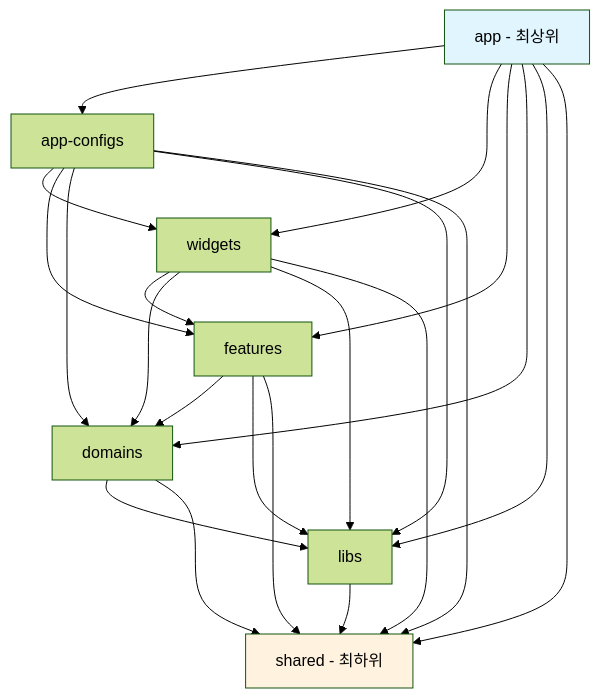
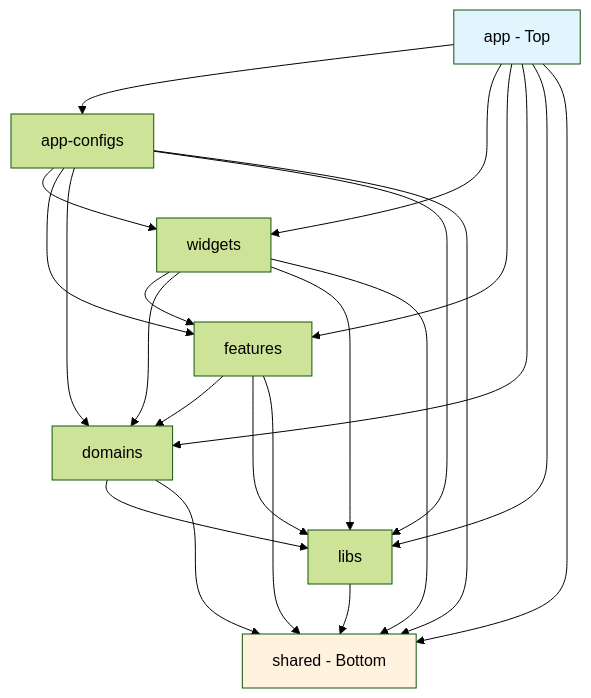
Before and after one commit to puretension/software-architecture-pattern: the first of 3 diagrams in fsd-nextjs-pattern/README.md, drawn with Mermaid (forest theme). The commit also changed other lines of this file and 8 other files, not shown here.

````diff
--- a/fsd-nextjs-pattern/README.md
+++ b/fsd-nextjs-pattern/README.md
@@ -21,32 +21,32 @@
 ```mermaid
 graph TD
-    A[app - 최상위] --> B[app-configs]
+    A[app - Top] --> B[app-configs]
     A --> C[widgets]
     A --> D[features]
     A --> E[domains]
     A --> F[libs]
-    A --> G[shared - 최하위]
+    A --> G[shared - Bottom]
     
     B --> C
     B --> D
     B --> E
     B --> F
     B --> G
     
     C --> D
     C --> E
     C --> F
     C --> G
     
     D --> E
     D --> F
     D --> G
     
     E --> F
     E --> G
     
     F --> G
     
     style A fill:#e1f5ff
     style G fill:#fff3e0
 ```
````
